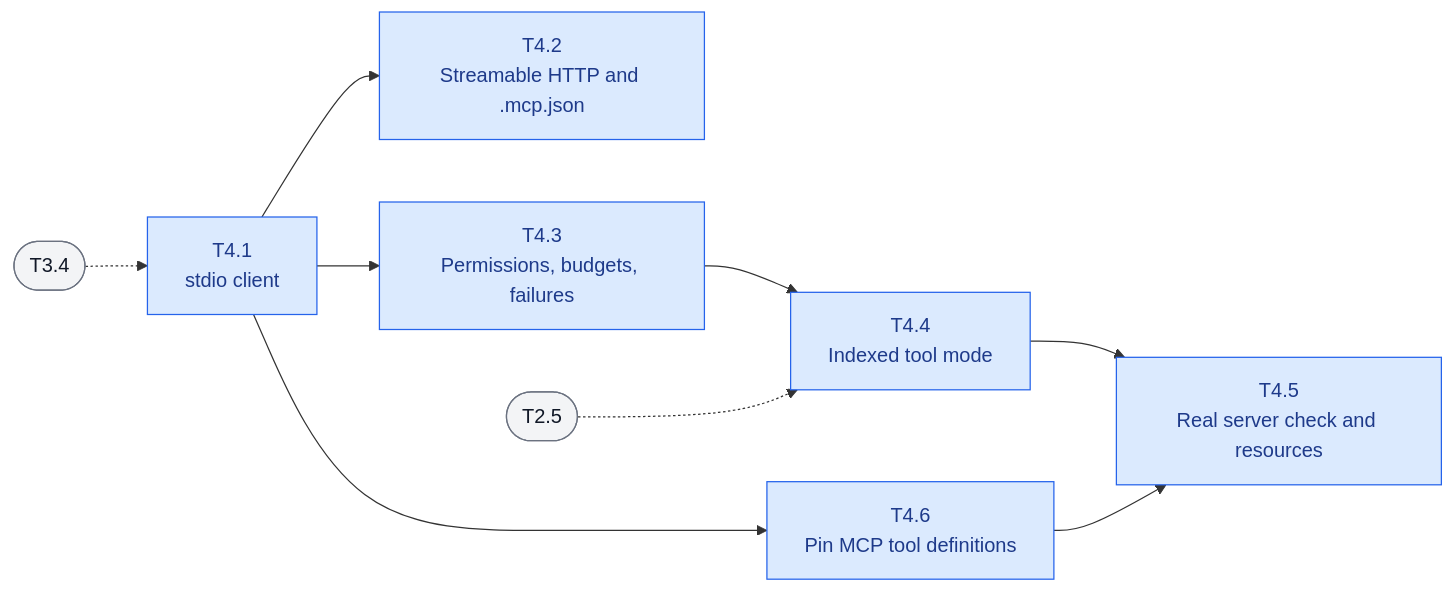
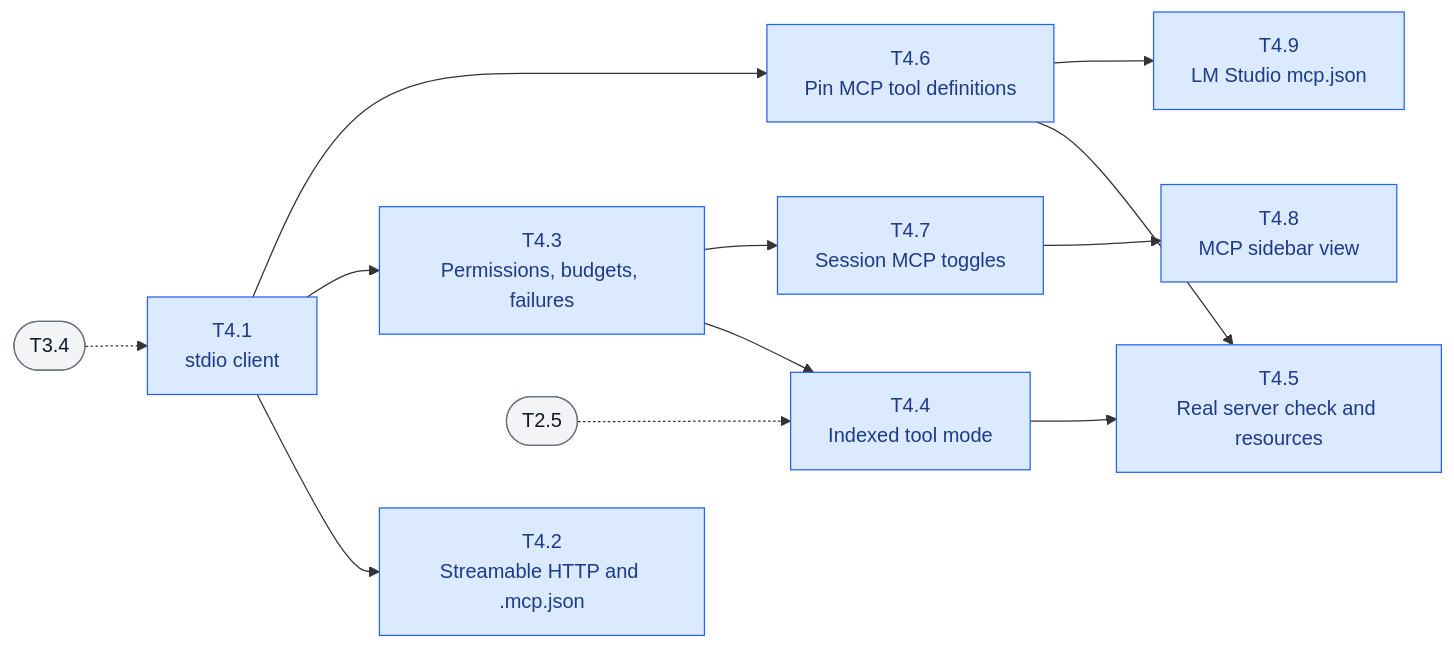
One commit to fzzinchemical/Praxis changed the fifth of 14 diagrams in docs/TASKS.md. Above: the diagram before and after it, drawn with Mermaid. The commit also changed other lines of this file, not shown here.

Commit message:
docs(tasks): add T4.7-T4.9 for MCP toggles, sidebar and LM Studio config

````diff
--- a/docs/TASKS.md
+++ b/docs/TASKS.md
@@ -384,27 +384,33 @@
 ```mermaid
 flowchart LR
     T4_1["T4.1<br/>stdio client"]
     T4_2["T4.2<br/>Streamable HTTP and .mcp.json"]
     T4_3["T4.3<br/>Permissions, budgets, failures"]
     T4_4["T4.4<br/>Indexed tool mode"]
     T4_5["T4.5<br/>Real server check and resources"]
     T2_5(["T2.5"])
     T3_4(["T3.4"])
     T3_4 -.-> T4_1
     T4_1 --> T4_2
     T4_1 --> T4_3
     T4_3 --> T4_4
     T2_5 -.-> T4_4
     T4_4 --> T4_5
     T4_6["T4.6<br/>Pin MCP tool definitions"]
     T4_1 --> T4_6
 
     T4_6 --> T4_5
+    T4_7["T4.7<br/>Session MCP toggles"]
+    T4_8["T4.8<br/>MCP sidebar view"]
+    T4_9["T4.9<br/>LM Studio mcp.json"]
+    T4_3 --> T4_7
+    T4_7 --> T4_8
+    T4_6 --> T4_9
 
     classDef task fill:#dbeafe,stroke:#2563eb,color:#1e3a8a
     classDef human fill:#fef3c7,stroke:#d97706,color:#78350f,stroke-width:3px
     classDef other fill:#f3f4f6,stroke:#6b7280,color:#111827
     class T4_1,T4_2,T4_3,T4_4,T4_5 task
     class T2_5,T3_4 other
-    class T4_6 task
+    class T4_6,T4_7,T4_8,T4_9 task
 ```
````
